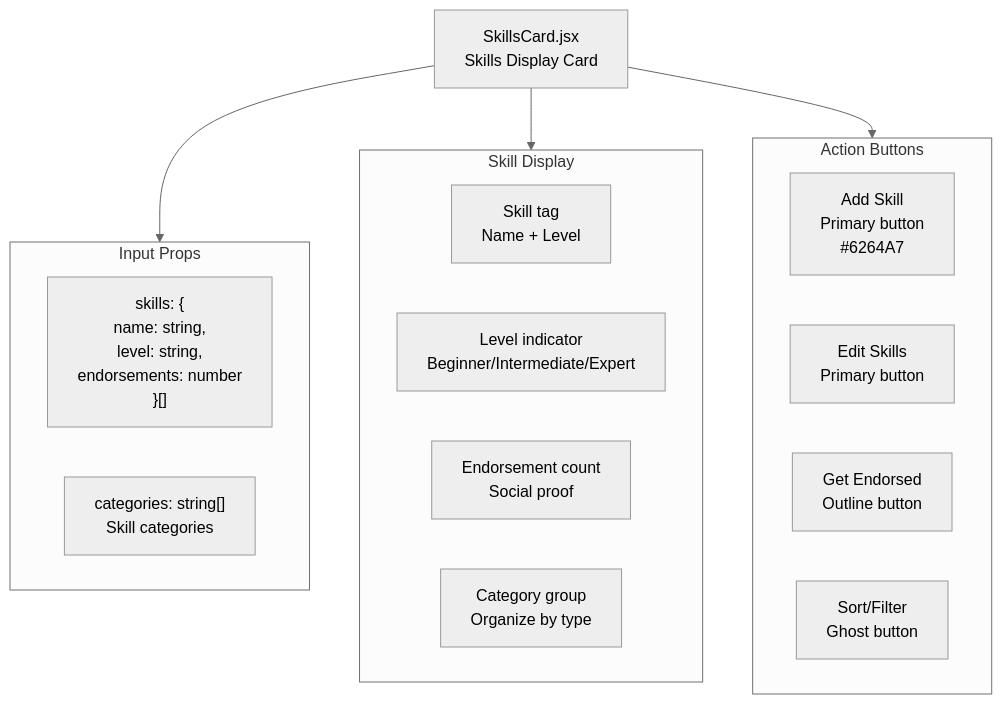
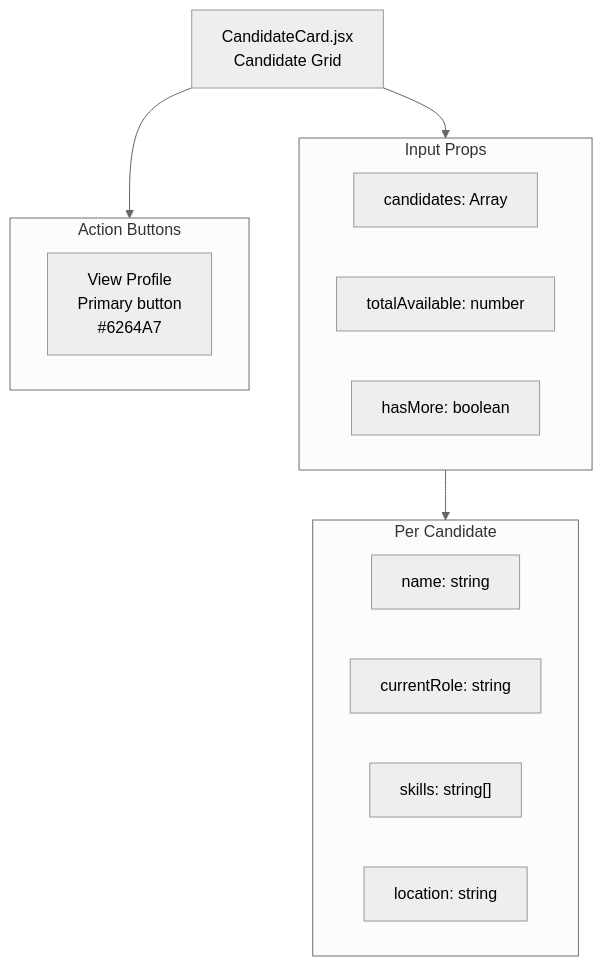
One commit to savipk/autochat changed the seventh of 10 diagrams in docs/architecture/09-ui-component-tree.md. Above: the diagram before and after it, drawn with Mermaid (neutral theme). The commit also changed other lines of this file and 27 other files, not shown here.

````diff
--- a/docs/architecture/09-ui-component-tree.md
+++ b/docs/architecture/09-ui-component-tree.md
@@ -255,27 +230,25 @@
 ```mermaid
 graph TB
-    SkillsCard["SkillsCard.jsx<br/>Skills Display Card"]
+    CandidateCard["CandidateCard.jsx<br/>Candidate Grid"]
 
     subgraph Data["Input Props"]
-        Skills["skills: {<br/>  name: string,<br/>  level: string,<br/>  endorsements: number<br/>}[]"]
-        Categories["categories: string[]<br/>Skill categories"]
+        Candidates["candidates: Array"]
+        TotalAvailable["totalAvailable: number"]
+        HasMore["hasMore: boolean"]
     end
 
-    subgraph Display["Skill Display"]
-        SkillTag["Skill tag<br/>Name + Level"]
-        LevelIndicator["Level indicator<br/>Beginner/Intermediate/Expert"]
-        Endorsements["Endorsement count<br/>Social proof"]
-        Category["Category group<br/>Organize by type"]
+    subgraph PerCandidate["Per Candidate"]
+        Name["name: string"]
+        Title["currentRole: string"]
+        Skills["skills: string[]"]
+        Location["location: string"]
     end
 
     subgraph Buttons["Action Buttons"]
-        AddSkillBtn["Add Skill<br/>Primary button<br/>#6264A7"]
-        EditBtn["Edit Skills<br/>Primary button"]
-        ValidateBtn["Get Endorsed<br/>Outline button"]
-        SortBtn["Sort/Filter<br/>Ghost button"]
+        ViewProfileBtn["View Profile<br/>Primary button<br/>#6264A7"]
     end
 
-    SkillsCard --> Data
-    SkillsCard --> Display
-    SkillsCard --> Buttons
+    CandidateCard --> Data
+    Data --> PerCandidate
+    CandidateCard --> Buttons
 ```
````
